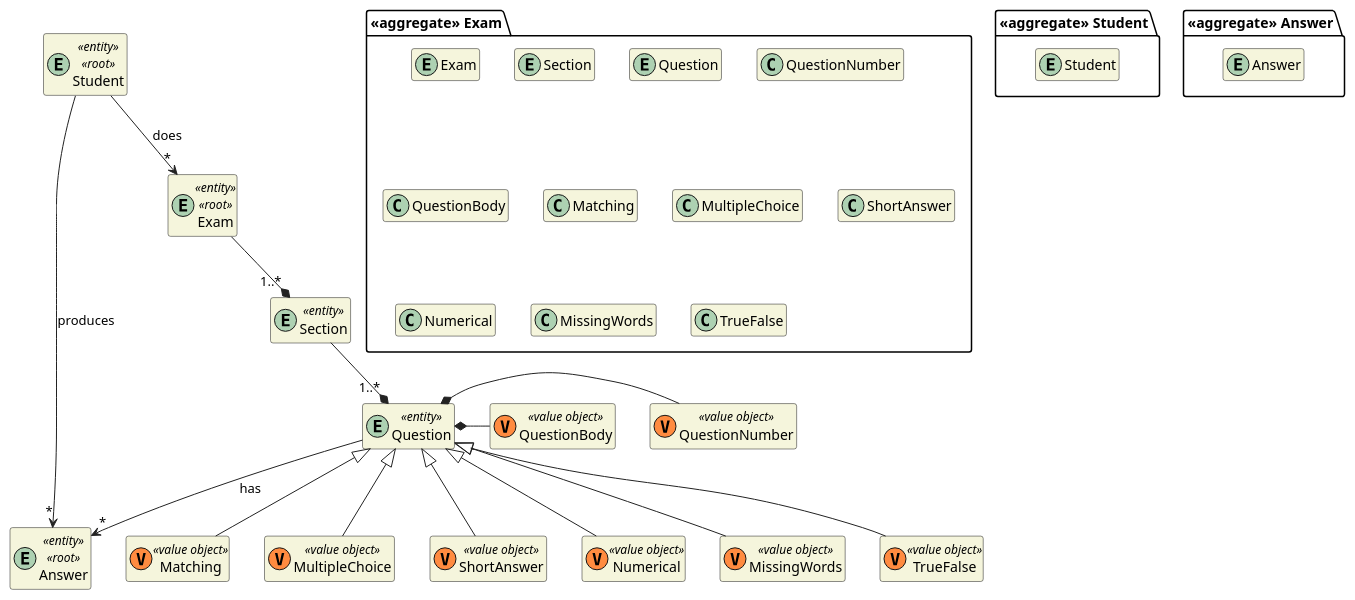
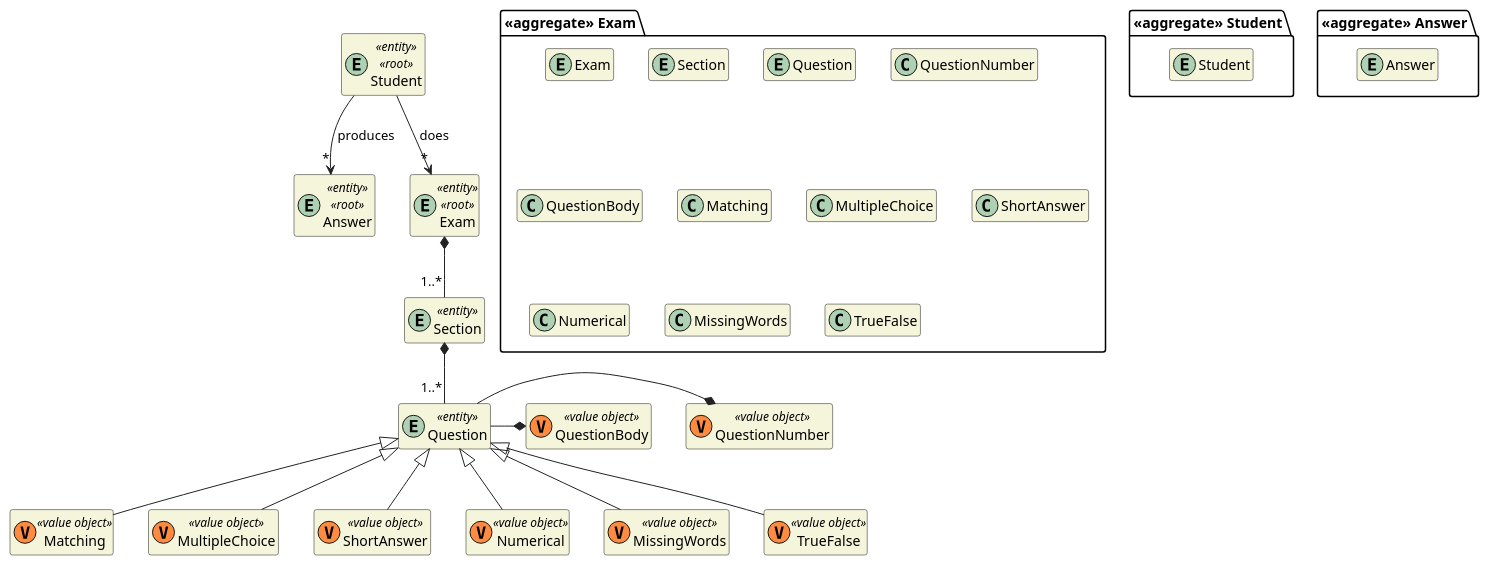
The diagram in docs/DM/DM_Exam.puml (miseEnPlace-dev/lapr4), drawn with PlantUML before and after one commit. The commit also changed 2 other files, not shown here.

```diff
--- a/docs/DM/DM_Exam.puml
+++ b/docs/DM/DM_Exam.puml
@@ -1,75 +1,74 @@
 @startuml DM-EXAM
 'https://plantuml.com/class-diagram
 
 skinparam classAttributeIconSize 0
 hide empty attributes
 hide empty methods
 skinparam classBackgroundColor beige
 skinparam ArrowColor #222222
 
 package "<<aggregate>> Exam" {
     entity Exam
     entity Section
 
     entity Question
     class QuestionNumber
     class QuestionBody
 
     class Matching
     class MultipleChoice
     class ShortAnswer
     class Numerical
     class MissingWords
     class TrueFalse
 }
 
 package "<<aggregate>> Student" {
     entity Student
 }
 
 entity Student <<entity>> <<root>> {
 }
 
 package "<<aggregate>> Answer" {
     entity Answer
 }
 
 entity Answer <<entity>> <<root>> {
 }
 
 entity Exam <<entity>> <<root>> {}
 
 entity Section <<entity>> {}
 
 entity Question <<entity>> {}
 
 class QuestionNumber <<(V,#FF8B40) value object>> {}
 class QuestionBody <<(V,#FF8B40) value object>> {}
 
 class Matching <<(V, #FF8B40) value object>> {}
 class MultipleChoice <<(V, #FF8B40) value object>> {}
 class ShortAnswer <<(V, #FF8B40) value object>> {}
 class Numerical <<(V, #FF8B40) value object>> {}
 class MissingWords <<(V, #FF8B40) value object>> {}
 class TrueFalse <<(V, #FF8B40) value object>> {}
 
-Question *- QuestionNumber
-Question *- QuestionBody
+Question -* QuestionNumber
+Question -* QuestionBody
 
 Question <|-- Matching
 Question <|-- MultipleChoice
 Question <|-- ShortAnswer
 Question <|-- Numerical
 Question <|-- MissingWords
 Question <|-- TrueFalse
 
-Exam --* "1..*" Section
-Section --* "1..*" Question
+Exam *-- "1..*" Section
+Section *-- "1..*" Question
 
-Question --> "*" Answer : has
 
 Student --> "*" Answer : produces
 
 Student --> "*" Exam : does
 
 @enduml
```
